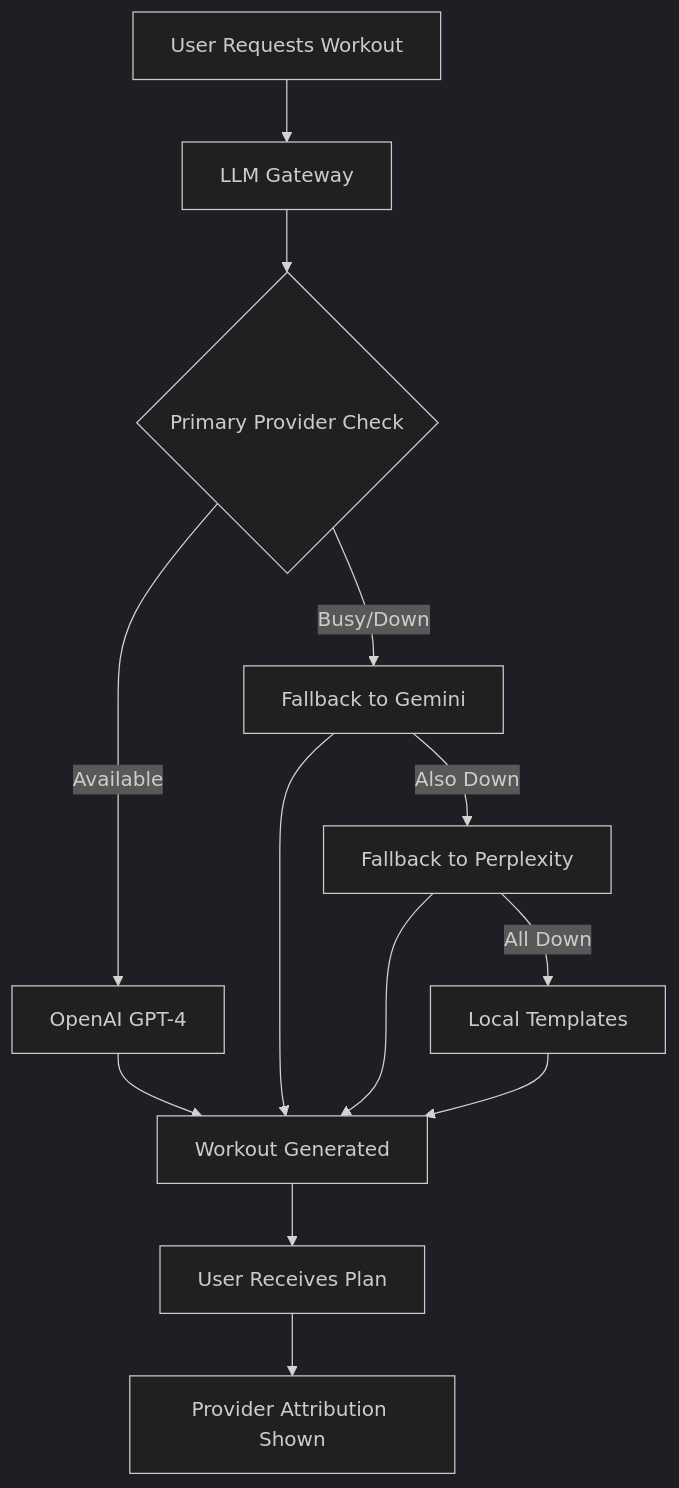
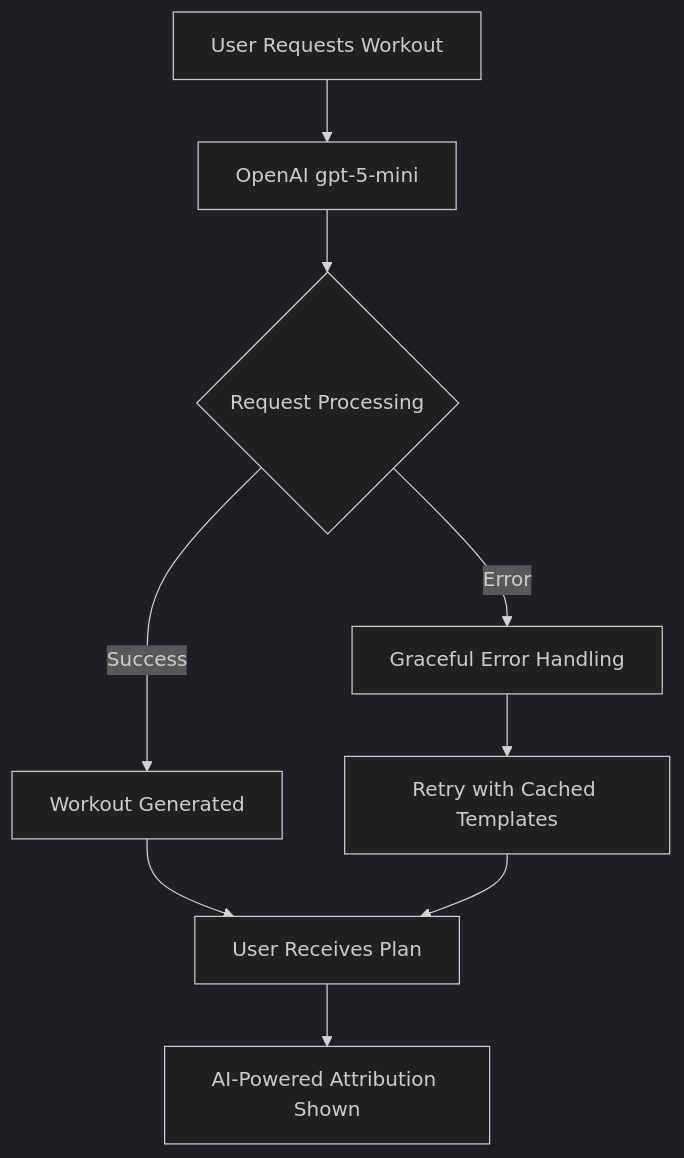
Before and after one commit to vedprakash-m/vigor: the sixth of 15 diagrams in docs/User_Experience.md, drawn with Mermaid (dark theme). The commit also changed other lines of this file and 72 other files, not shown here.

````diff
--- a/docs/User_Experience.md
+++ b/docs/User_Experience.md
@@ -228,15 +228,11 @@
 ```mermaid
 flowchart TD
-  A[User Requests Workout] --> B[LLM Gateway]
-  B --> C{Primary Provider Check}
-  C -->|Available| D[OpenAI GPT-4]
-  C -->|Busy/Down| E[Fallback to Gemini]
-  E -->|Also Down| F[Fallback to Perplexity]
-  F -->|All Down| G[Local Templates]
-  D --> H[Workout Generated]
-  E --> H
-  F --> H
-  G --> H
-  H --> I[User Receives Plan]
-  I --> J[Provider Attribution Shown]
+  A[User Requests Workout] --> B[OpenAI gpt-5-mini]
+  B --> C{Request Processing}
+  C -->|Success| D[Workout Generated]
+  C -->|Error| E[Graceful Error Handling]
+  E --> F[Retry with Cached Templates]
+  D --> G[User Receives Plan]
+  F --> G
+  G --> H[AI-Powered Attribution Shown]
 ```
````
